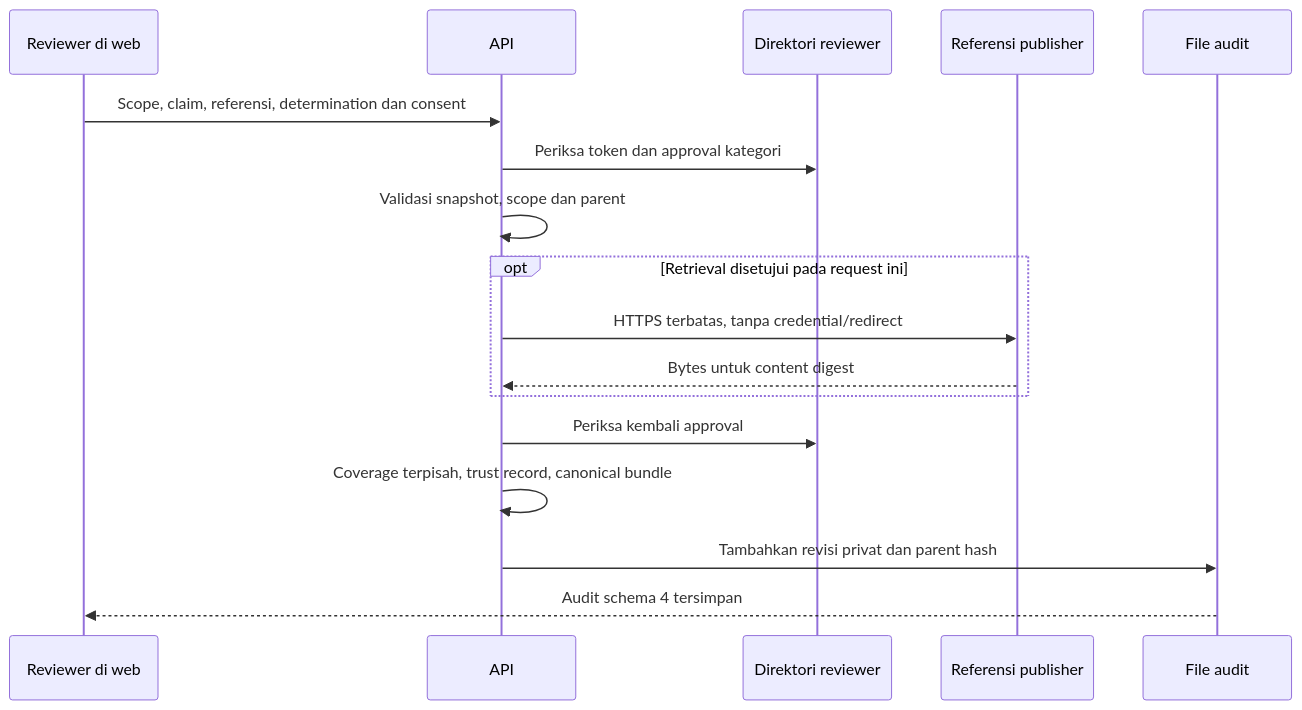
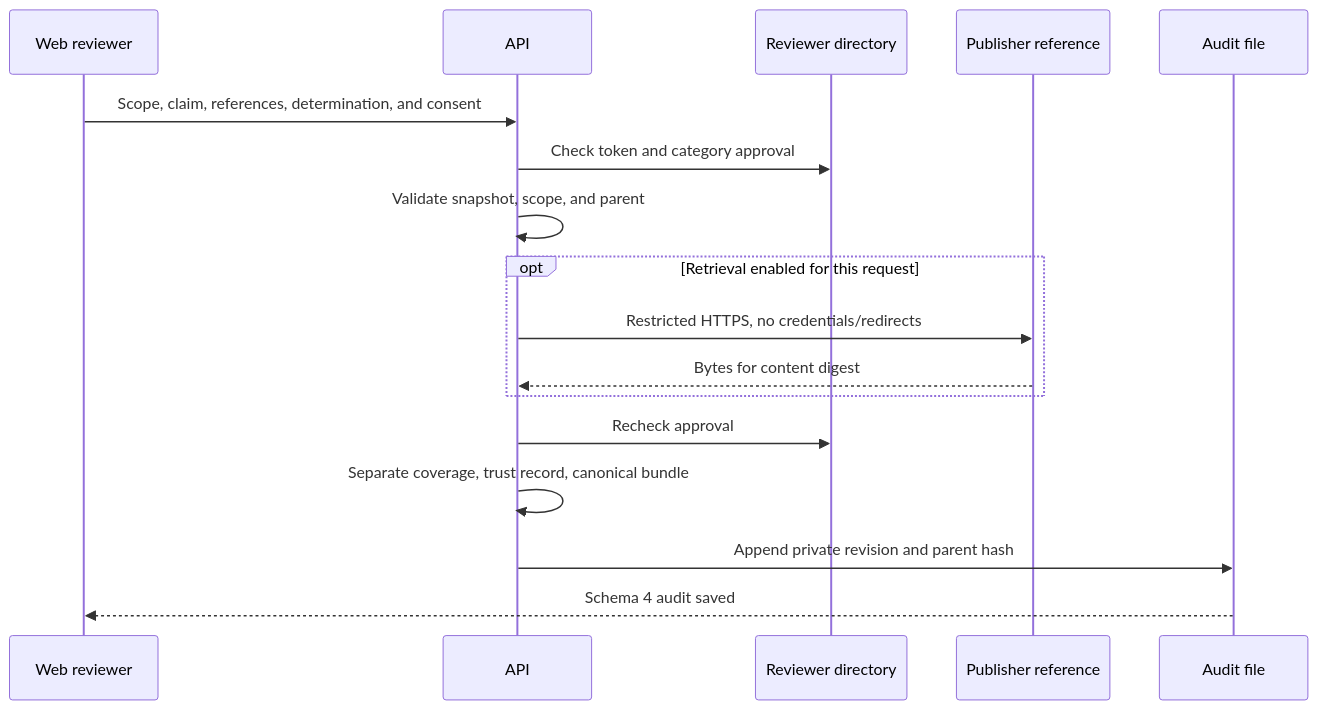
One commit to AndroLay/MethaneResponse changed the second of 2 diagrams in docs/architecture/data-flow.md. Above: the diagram before and after it, drawn with Mermaid. The commit also changed other lines of this file and 127 other files, not shown here.

````diff
--- a/docs/architecture/data-flow.md
+++ b/docs/architecture/data-flow.md
@@ -53,19 +53,19 @@
 ```mermaid
 sequenceDiagram
-  participant U as Reviewer di web
+  participant U as Web reviewer
   participant A as API
-  participant D as Direktori reviewer
-  participant R as Referensi publisher
-  participant S as File audit
-  U->>A: Scope, claim, referensi, determination dan consent
-  A->>D: Periksa token dan approval kategori
-  A->>A: Validasi snapshot, scope dan parent
-  opt Retrieval disetujui pada request ini
-    A->>R: HTTPS terbatas, tanpa credential/redirect
-    R-->>A: Bytes untuk content digest
+  participant D as Reviewer directory
+  participant R as Publisher reference
+  participant S as Audit file
+  U->>A: Scope, claim, references, determination, and consent
+  A->>D: Check token and category approval
+  A->>A: Validate snapshot, scope, and parent
+  opt Retrieval enabled for this request
+    A->>R: Restricted HTTPS, no credentials/redirects
+    R-->>A: Bytes for content digest
   end
-  A->>D: Periksa kembali approval
-  A->>A: Coverage terpisah, trust record, canonical bundle
-  A->>S: Tambahkan revisi privat dan parent hash
-  S-->>U: Audit schema 4 tersimpan
+  A->>D: Recheck approval
+  A->>A: Separate coverage, trust record, canonical bundle
+  A->>S: Append private revision and parent hash
+  S-->>U: Schema 4 audit saved
 ```
````
